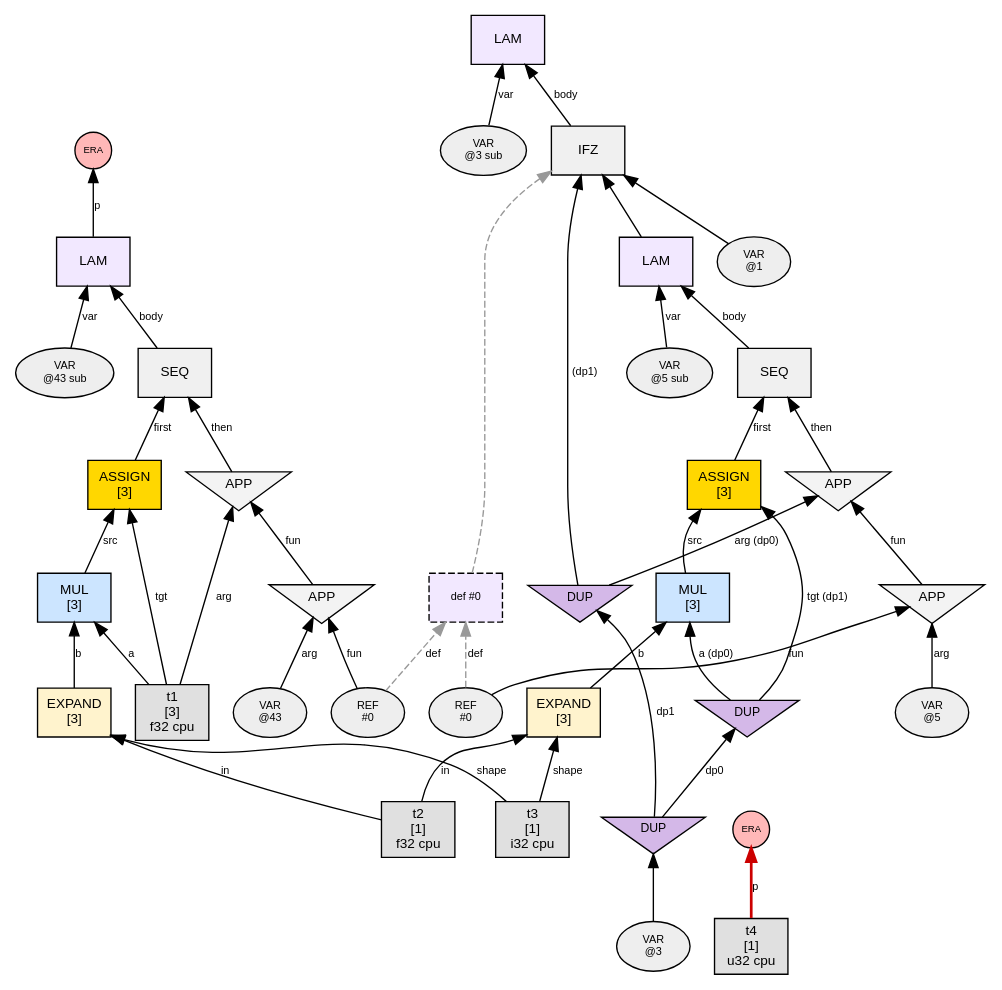
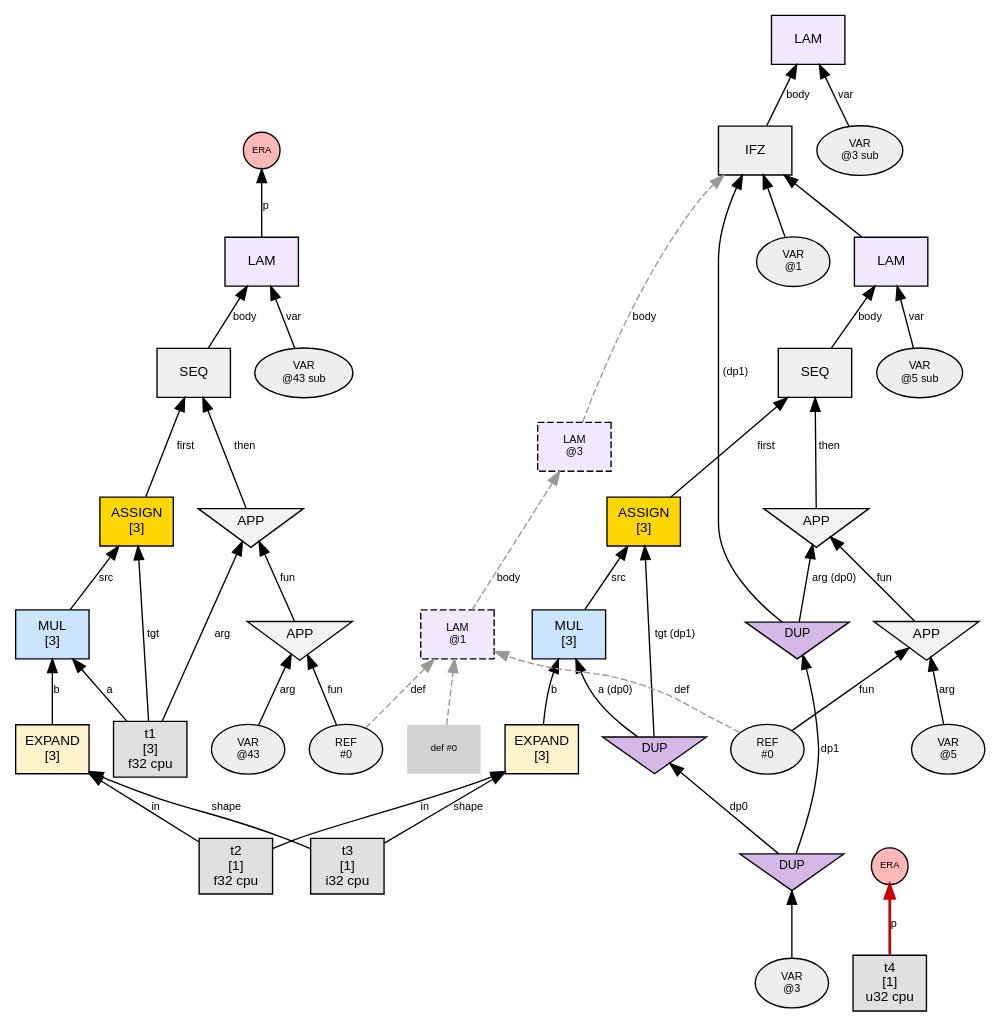
The diagram in phase1_graphs/loop_assign_simple/n0_steps/step_009_interact_DP1.dot (sw1sh/TinyHVM), drawn with Graphviz before and after one commit. The commit also changed 78 other files, not shown here.

First line of the commit message:
fix: REF→LAM chain, step graph completes phase 2, predict arg0-first

```diff
--- a/phase1_graphs/loop_assign_simple/n0_steps/step_009_interact_DP1.dot
+++ b/phase1_graphs/loop_assign_simple/n0_steps/step_009_interact_DP1.dot
@@ -1,84 +1,88 @@
 digraph G {
   // PREV_INTERACTION: interact_DP1
   // NEXT_INTERACTION: interact_era_on_TEN
   rankdir=BT;
   node [fontname="Helvetica", fontsize=10, style=filled, shape=box, margin="0.1,0.05"];
   edge [fontsize=8, fontname="Helvetica"];
 
   t1 [label="t1\n[3]\nf32 cpu",shape=box,fillcolor="#e0e0e0"];
   n3 [label="LAM", shape=box, fillcolor="#f2e8ff"];
   var3 [label="VAR\n@3 sub", shape=oval, fillcolor="#eeeeee", fontsize=8];
   var3 -> n3 [label="var"];
   n26 -> n3 [label="body"];
   n26 [label="IFZ", shape=box, fillcolor="#f0f0f0"];
   var26 [label="VAR\n@1", shape=oval, fillcolor="#eeeeee", fontsize=8];
   var26 -> n26 [label=""];
   dup9 [label="DUP", shape=invtriangle, fillcolor="#d4b8e8", fontsize=9, width=0.7, height=0.5];
   dup7 -> dup9 [label="dp1"];
   dup7 [label="DUP", shape=invtriangle, fillcolor="#d4b8e8", fontsize=9, width=0.7, height=0.5];
   var7 [label="VAR\n@3", shape=oval, fillcolor="#eeeeee", fontsize=8];
   var7 -> dup7;
   dup9 -> n26 [label=" (dp1)"];
   n5 -> n26 [label=""];
   n24 [label="SEQ", shape=box, fillcolor="#f0f0f0"];
   n18 -> n24 [label="first"];
   n22 -> n24 [label="then"];
   n10 [label="EXPAND\n[3]", shape=box, fillcolor="#fff3cd"];
   t2 [label="t2\n[1]\nf32 cpu",shape=box,fillcolor="#e0e0e0"];
   t2 -> n10 [label="in"];
   t3 [label="t3\n[1]\ni32 cpu",shape=box,fillcolor="#e0e0e0"];
   t3 -> n10 [label="shape"];
   n14 [label="MUL\n[3]", shape=box, fillcolor="#cce5ff"];
   dup8 [label="DUP", shape=invtriangle, fillcolor="#d4b8e8", fontsize=9, width=0.7, height=0.5];
   dup7 -> dup8 [label="dp0"];
   dup8 -> n14 [label="a (dp0)"];
   n10 -> n14 [label="b"];
   ref20 [label="REF\n#0", shape=oval, fillcolor="#eeeeee", fontsize=8];
-  ref20 -> def0 [style=dashed, color="#999999", label="def"];
+  ref20 -> deflam0_0 [style=dashed, color="#999999", label="def"];
   n20 [label="APP", shape=invtriangle, fillcolor="#f3f3f3"];
   ref20 -> n20 [label="fun"];
   var21 [label="VAR\n@5", shape=oval, fillcolor="#eeeeee", fontsize=8];
   var21 -> n20 [label="arg"];
   n18 [label="ASSIGN\n[3]", shape=box, fillcolor="#ffd700"];
   dup8 -> n18 [label="tgt (dp1)"];
   n14 -> n18 [label="src"];
   n22 [label="APP", shape=invtriangle, fillcolor="#f3f3f3"];
   n20 -> n22 [label="fun"];
   dup9 -> n22 [label="arg (dp0)"];
   n5 [label="LAM", shape=box, fillcolor="#f2e8ff"];
   var5 [label="VAR\n@5 sub", shape=oval, fillcolor="#eeeeee", fontsize=8];
   var5 -> n5 [label="var"];
   n24 -> n5 [label="body"];
   n43 [label="LAM", shape=box, fillcolor="#f2e8ff"];
   var43 [label="VAR\n@43 sub", shape=oval, fillcolor="#eeeeee", fontsize=8];
   var43 -> n43 [label="var"];
   n45 -> n43 [label="body"];
   n45 [label="SEQ", shape=box, fillcolor="#f0f0f0"];
   n47 -> n45 [label="first"];
   n54 -> n45 [label="then"];
   n47 [label="ASSIGN\n[3]", shape=box, fillcolor="#ffd700"];
   t1 -> n47 [label="tgt"];
   n50 -> n47 [label="src"];
   n54 [label="APP", shape=invtriangle, fillcolor="#f3f3f3"];
   n56 -> n54 [label="fun"];
   t1 -> n54 [label="arg"];
   n50 [label="MUL\n[3]", shape=box, fillcolor="#cce5ff"];
   t1 -> n50 [label="a"];
   n52 -> n50 [label="b"];
   n52 [label="EXPAND\n[3]", shape=box, fillcolor="#fff3cd"];
   t2 -> n52 [label="in"];
   t3 -> n52 [label="shape"];
   n56 [label="APP", shape=invtriangle, fillcolor="#f3f3f3"];
   ref56 [label="REF\n#0", shape=oval, fillcolor="#eeeeee", fontsize=8];
   ref56 -> n56 [label="fun"];
   var57 [label="VAR\n@43", shape=oval, fillcolor="#eeeeee", fontsize=8];
   var57 -> n56 [label="arg"];
-  ref56 -> def0 [style=dashed, color="#999999", label="def"];
+  ref56 -> deflam0_0 [style=dashed, color="#999999", label="def"];
   era59 [label="ERA",shape=circle,width=0.38,height=0.38,fixedsize=true,fillcolor="#ffb8b8",fontsize=7];
   t4 [label="t4\n[1]\nu32 cpu",shape=box,fillcolor="#e0e0e0"];
   t4 -> era59 [label="p",color="#cc0000",penwidth=2.0];
   era61 [label="ERA",shape=circle,width=0.38,height=0.38,fixedsize=true,fillcolor="#ffb8b8",fontsize=7];
   n43 -> era61 [label="p"];
-  def0 [label="def #0", shape=box, fillcolor="#f2e8ff", style="filled,dashed", fontsize=8];
-  def0 -> n26 [style=dashed, color="#999999"];
+  deflam0_0 [label="LAM\n@1", shape=box, fillcolor="#f2e8ff", style="filled,dashed", fontsize=8];
+  ref_def0 [label="def #0", shape=none, fontsize=7];
+  ref_def0 -> deflam0_0 [style=dashed, color="#999999"];
+  deflam0_1 [label="LAM\n@3", shape=box, fillcolor="#f2e8ff", style="filled,dashed", fontsize=8];
+  deflam0_0 -> deflam0_1 [style=dashed, color="#999999", label="body"];
+  deflam0_1 -> n26 [style=dashed, color="#999999", label="body"];
 }
```
